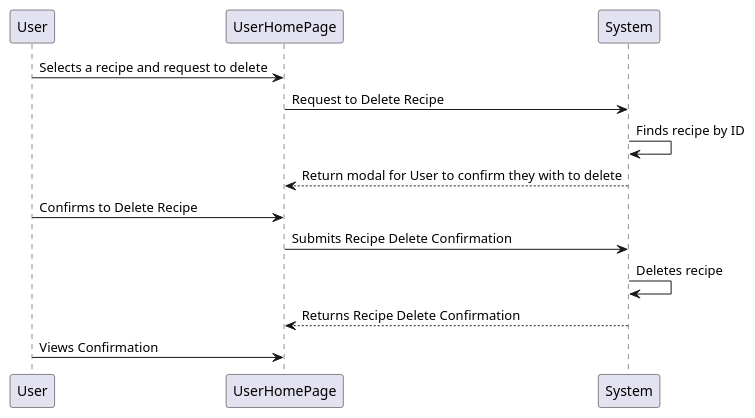
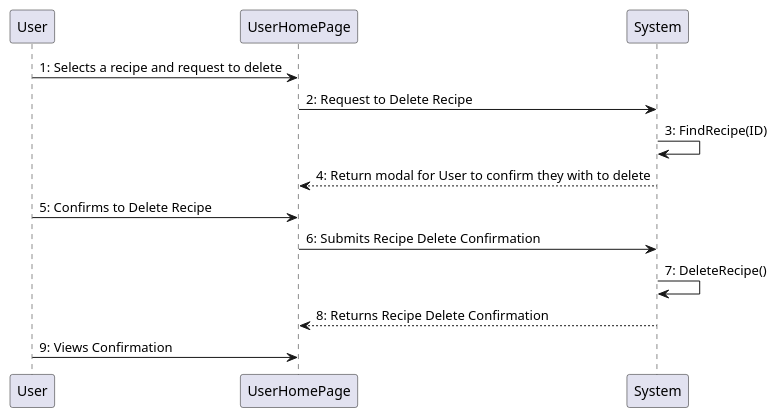
The diagram in app/UML/Delete Recipe DSSD.puml (sap0034/COMP3710Project-RecipeGuru), drawn with PlantUML before and after one commit. The commit also changed 12 other files, not shown here.

Commit message:
Added new diagrams and updated existing diagrams

```diff
--- a/app/UML/Delete Recipe DSSD.puml
+++ b/app/UML/Delete Recipe DSSD.puml
@@ -1,14 +1,14 @@
 @startuml
-       User -> UserHomePage: Selects a recipe and request to delete
-       UserHomePage -> System: Request to Delete Recipe
-       System -> System: Finds recipe by ID
-       System --> UserHomePage: Return modal for User to confirm they with to delete
+       User -> UserHomePage: 1: Selects a recipe and request to delete
+       UserHomePage -> System: 2: Request to Delete Recipe
+       System -> System: 3: FindRecipe(ID)
+       System --> UserHomePage: 4: Return modal for User to confirm they with to delete
 
-       User -> UserHomePage: Confirms to Delete Recipe
-       UserHomePage -> System: Submits Recipe Delete Confirmation
+       User -> UserHomePage: 5: Confirms to Delete Recipe
+       UserHomePage -> System: 6: Submits Recipe Delete Confirmation
 
-       System -> System: Deletes recipe
-       System --> UserHomePage: Returns Recipe Delete Confirmation
-       User -> UserHomePage: Views Confirmation
+       System -> System: 7: DeleteRecipe()
+       System --> UserHomePage: 8: Returns Recipe Delete Confirmation
+       User -> UserHomePage: 9: Views Confirmation
 
        @enduml
```
